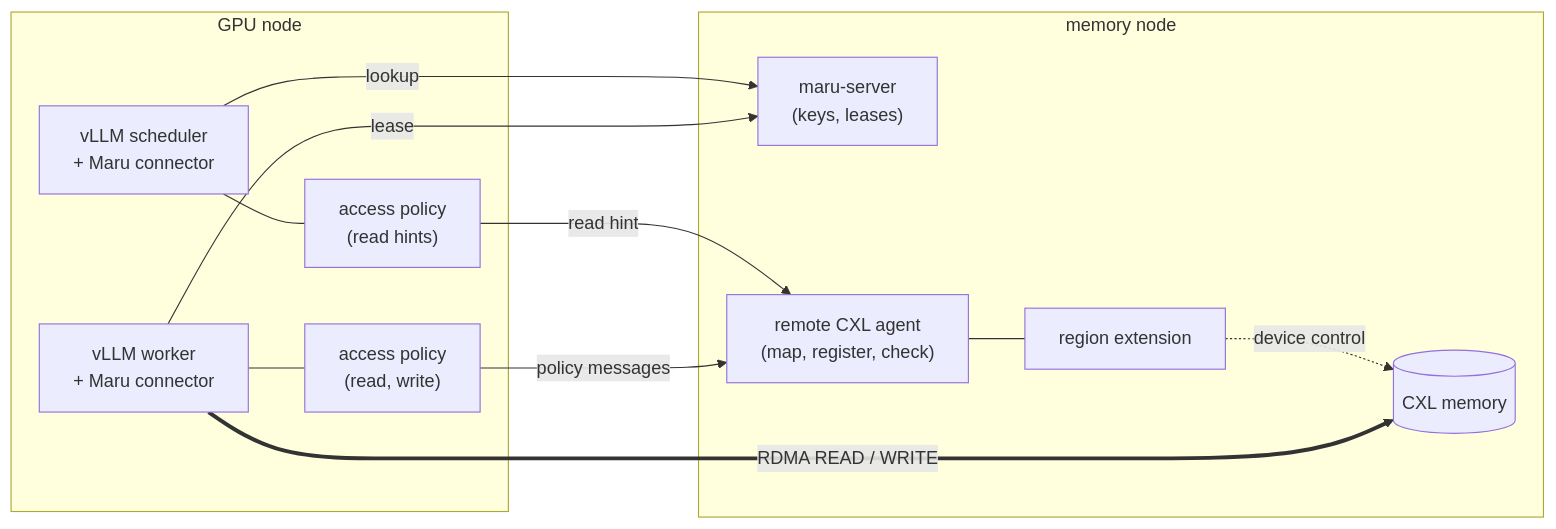
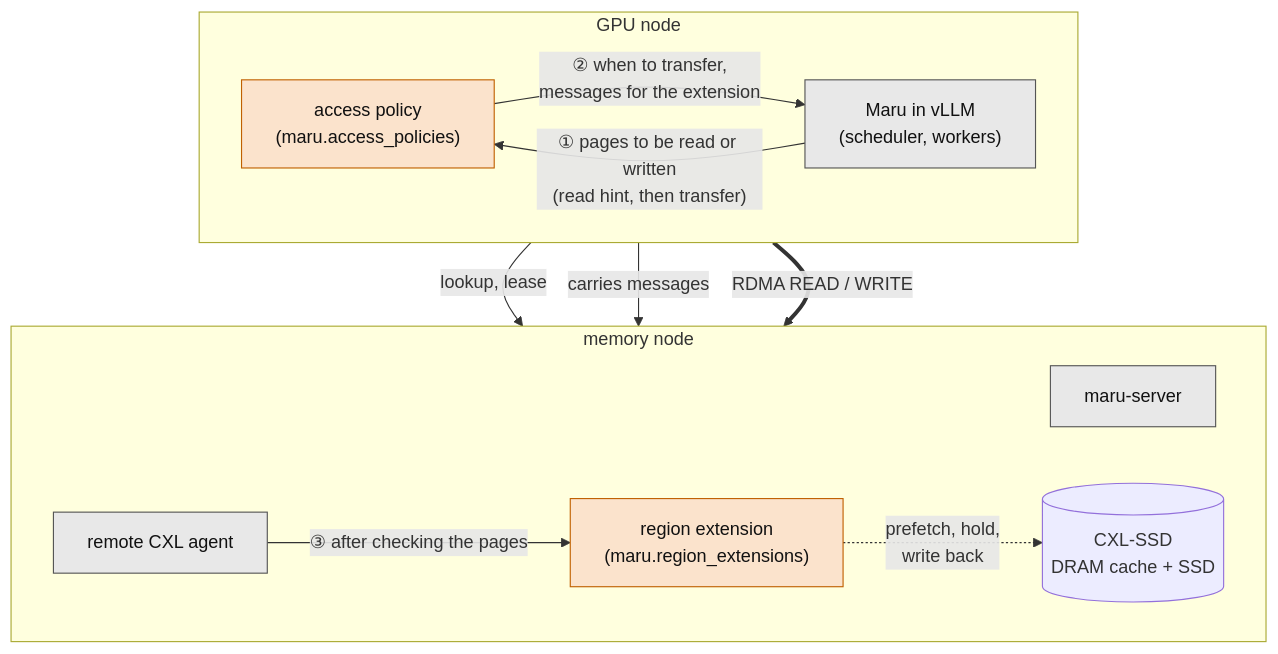
Before and after one commit to xcena-dev/maru: the first of 2 diagrams in docs/source/design_doc/access_policies.md, drawn with Mermaid. The commit also changed other lines of this file, not shown here.

First line of the commit message:
docs(remote_cxl): describe access policies with the CXL-SSD case and the Maru/package boundary

````diff
--- a/docs/source/design_doc/access_policies.md
+++ b/docs/source/design_doc/access_policies.md
@@ -12,24 +26,26 @@
 ```mermaid
-flowchart LR
+flowchart TB
   subgraph gpu["GPU node"]
-    sched["vLLM scheduler<br/>+ Maru connector"]
-    worker["vLLM worker<br/>+ Maru connector"]
-    polS["access policy<br/>(read hints)"]
-    polW["access policy<br/>(read, write)"]
-    sched --- polS
-    worker --- polW
+    direction LR
+    pol["access policy<br/>(maru.access_policies)"]
+    mc["Maru in vLLM<br/>(scheduler, workers)"]
   end
   subgraph mem["memory node"]
-    server["maru-server<br/>(keys, leases)"]
-    agent["remote CXL agent<br/>(map, register, check)"]
-    ext["region extension"]
-    dev[("CXL memory")]
-    agent --- ext
-    ext -. "device control" .-> dev
+    direction LR
+    ms["maru-server"]
+    ag["remote CXL agent"]
+    ext["region extension<br/>(maru.region_extensions)"]
+    dev[("CXL-SSD<br/>DRAM cache + SSD")]
   end
-  sched -- "lookup" --> server
-  worker -- "lease" --> server
-  polS -- "read hint" --> agent
-  polW -- "policy messages" --> agent
-  worker == "RDMA READ / WRITE" ==> dev
+  mc -->|"① pages to be read or written<br/>(read hint, then transfer)"| pol
+  pol -->|"② when to transfer,<br/>messages for the extension"| mc
+  mc -->|"lookup, lease"| ms
+  mc -->|"carries messages"| ag
+  ag -->|"③ after checking the pages"| ext
+  ext -.->|"prefetch, hold,<br/>write back"| dev
+  mc ==>|"RDMA READ / WRITE"| dev
+  classDef maru fill:#e8e8e8,stroke:#555,color:#111
+  classDef pkg fill:#fbe3cc,stroke:#c06000,color:#111
+  class mc,ms,ag maru
+  class pol,ext pkg
 ```
````
